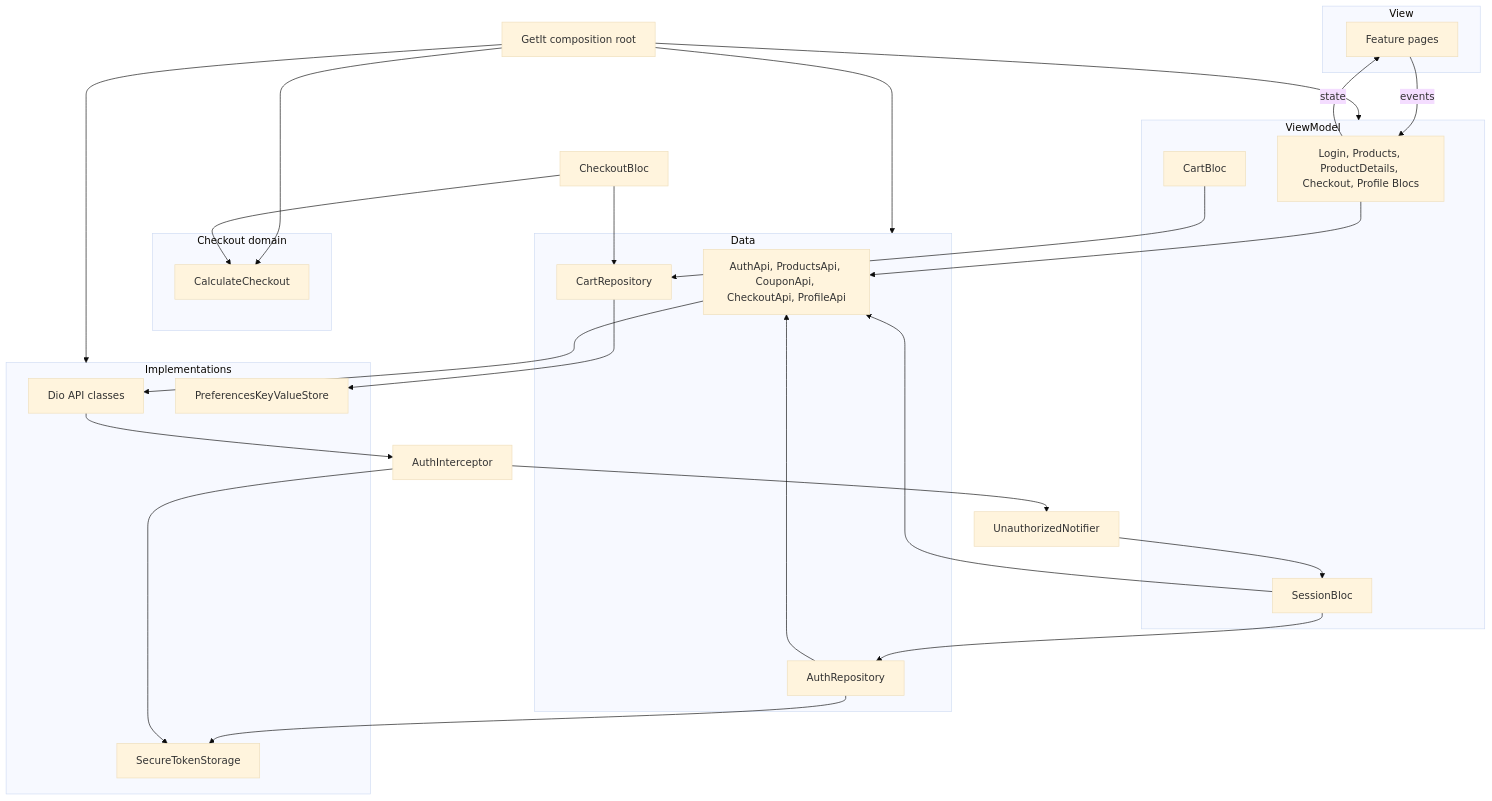
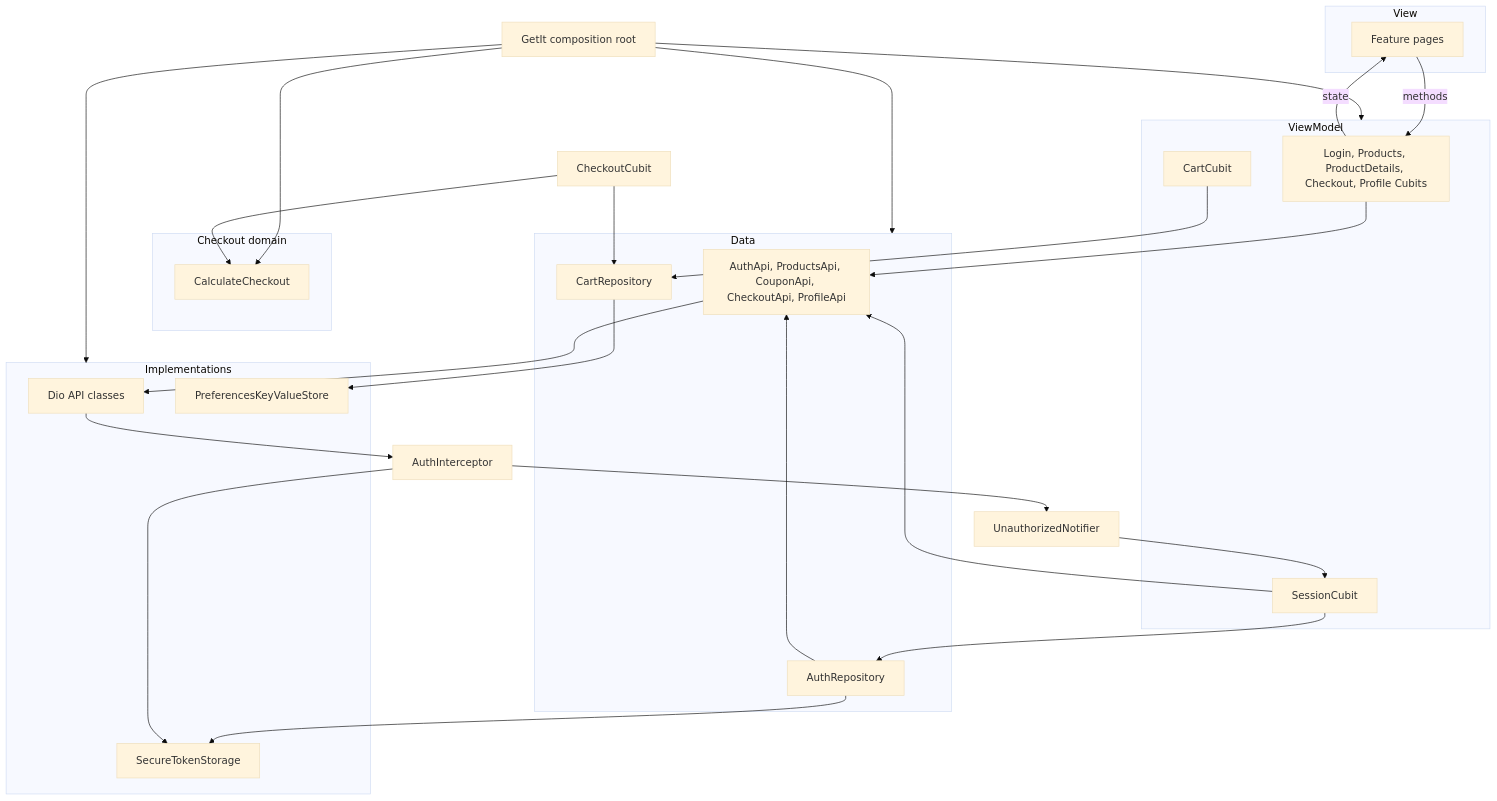
One commit to AhmedAnwar00/mini_ecommerce_api_app changed the diagram in README.md. Above: the diagram before and after it, drawn with Mermaid (base theme). The commit also changed other lines of this file, not shown here.

Commit message:
Update README to reflect transition from Bloc to Cubit for state management across the application. Revised descriptions for features, dependency injection, and session management to enhance clarity and organization. Adjusted feature structure to emphasize data and presentation separation.

````diff
--- a/README.md
+++ b/README.md
@@ -209,52 +212,52 @@
 ```mermaid
 flowchart TB
   subgraph viewLayer [View]
     Pages["Feature pages"]
   end
 
   subgraph viewModel [ViewModel]
-    ScreenBlocs["Login, Products, ProductDetails, Checkout, Profile Blocs"]
-    SessionBloc["SessionBloc"]
-    CartBloc["CartBloc"]
+    ScreenCubits["Login, Products, ProductDetails, Checkout, Profile Cubits"]
+    SessionCubit["SessionCubit"]
+    CartCubit["CartCubit"]
   end
 
   subgraph domainLayer [Checkout domain]
     CalculateCheckout["CalculateCheckout"]
   end
 
   subgraph dataLayer [Data]
     AuthRepository["AuthRepository"]
     CartRepository["CartRepository"]
     ApiContracts["AuthApi, ProductsApi, CouponApi, CheckoutApi, ProfileApi"]
   end
 
   subgraph implementations [Implementations]
     DioApis["Dio API classes"]
     SecureTokenStorage["SecureTokenStorage"]
     Preferences["PreferencesKeyValueStore"]
   end
 
   GetIt["GetIt composition root"] --> viewModel
   GetIt --> dataLayer
   GetIt --> CalculateCheckout
   GetIt --> implementations
 
-  Pages -->|"events"| ScreenBlocs
-  ScreenBlocs -->|"state"| Pages
-  SessionBloc --> AuthRepository
-  SessionBloc --> ApiContracts
-  CartBloc --> CartRepository
-  ScreenBlocs --> ApiContracts
-  CheckoutBloc["CheckoutBloc"] --> CalculateCheckout
-  CheckoutBloc --> CartRepository
+  Pages -->|"methods"| ScreenCubits
+  ScreenCubits -->|"state"| Pages
+  SessionCubit --> AuthRepository
+  SessionCubit --> ApiContracts
+  CartCubit --> CartRepository
+  ScreenCubits --> ApiContracts
+  CheckoutCubit["CheckoutCubit"] --> CalculateCheckout
+  CheckoutCubit --> CartRepository
 
   AuthRepository --> ApiContracts
   AuthRepository --> SecureTokenStorage
   CartRepository --> Preferences
   ApiContracts --> DioApis
 
   AuthInterceptor["AuthInterceptor"] --> SecureTokenStorage
   AuthInterceptor --> UnauthorizedNotifier["UnauthorizedNotifier"]
-  UnauthorizedNotifier --> SessionBloc
+  UnauthorizedNotifier --> SessionCubit
   DioApis --> AuthInterceptor
 ```
````
